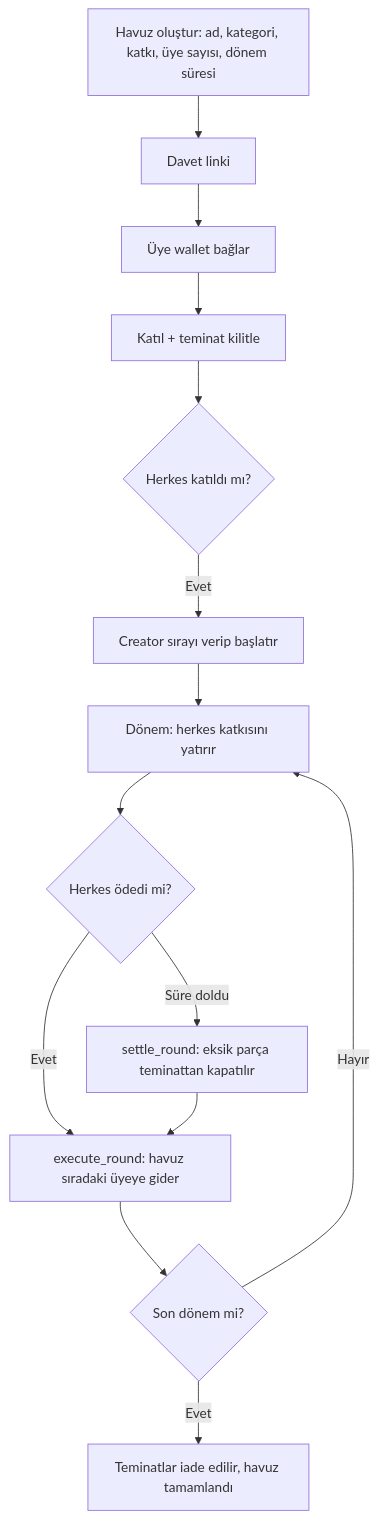
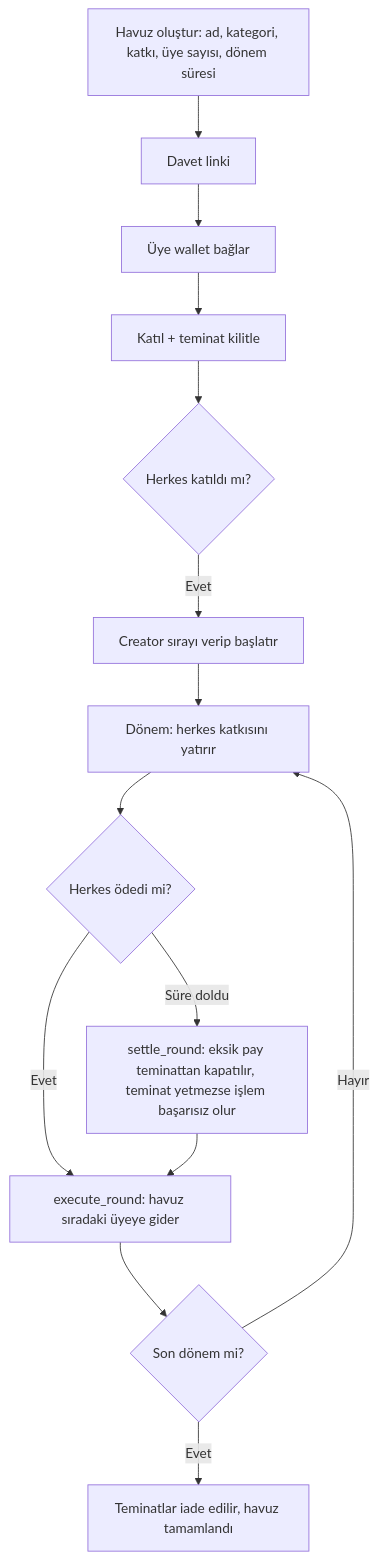
The diagram in docs/plan.md (yusufarslan44/Stellerpool), drawn with Mermaid before and after one commit. The commit also changed other lines of this file and 1 other file, not shown here.

````diff
--- a/docs/plan.md
+++ b/docs/plan.md
@@ -42,16 +42,16 @@
 ```mermaid
 flowchart TD
   A[Havuz oluştur: ad, kategori, katkı, üye sayısı, dönem süresi] --> B[Davet linki]
   B --> C[Üye wallet bağlar]
   C --> D[Katıl + teminat kilitle]
   D --> E{Herkes katıldı mı?}
   E -->|Evet| F[Creator sırayı verip başlatır]
   F --> G[Dönem: herkes katkısını yatırır]
   G --> H{Herkes ödedi mi?}
   H -->|Evet| I[execute_round: havuz sıradaki üyeye gider]
-  H -->|Süre doldu| J[settle_round: eksik parça teminattan kapatılır]
+  H -->|Süre doldu| J[settle_round: eksik pay teminattan kapatılır, teminat yetmezse işlem başarısız olur]
   J --> I
   I --> K{Son dönem mi?}
   K -->|Hayır| G
   K -->|Evet| L[Teminatlar iade edilir, havuz tamamlandı]
 ```
````
